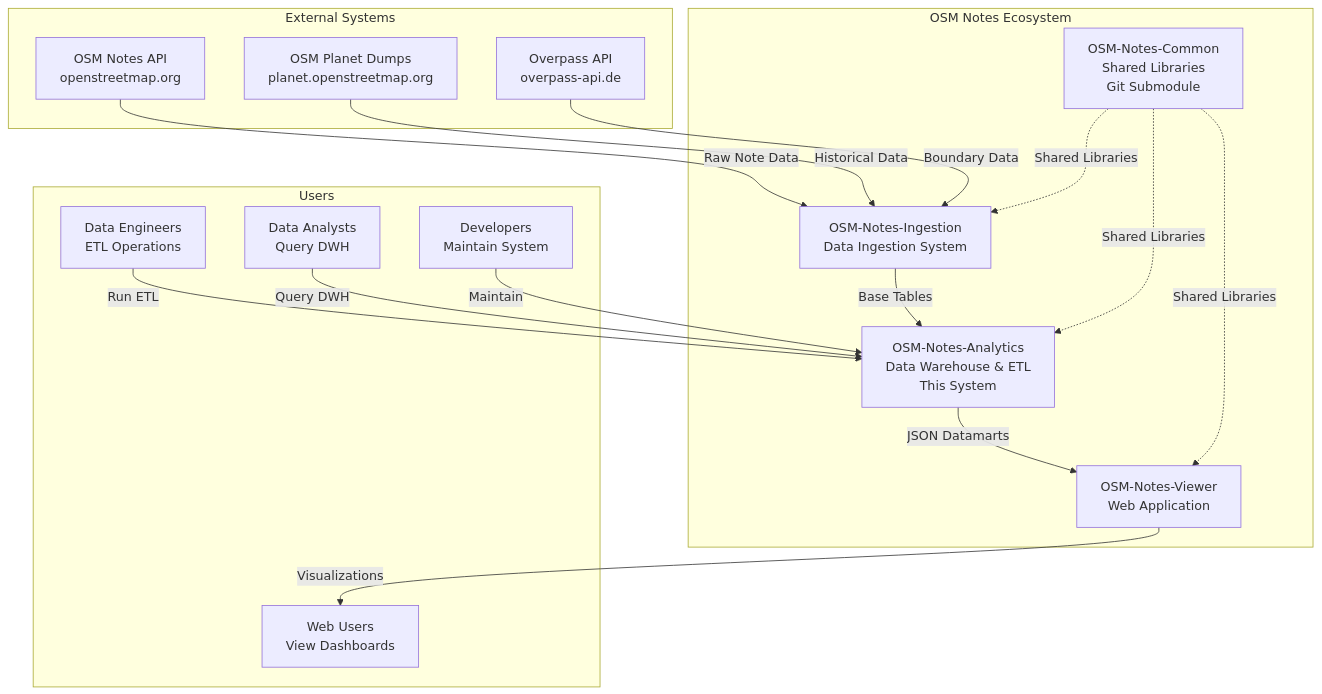
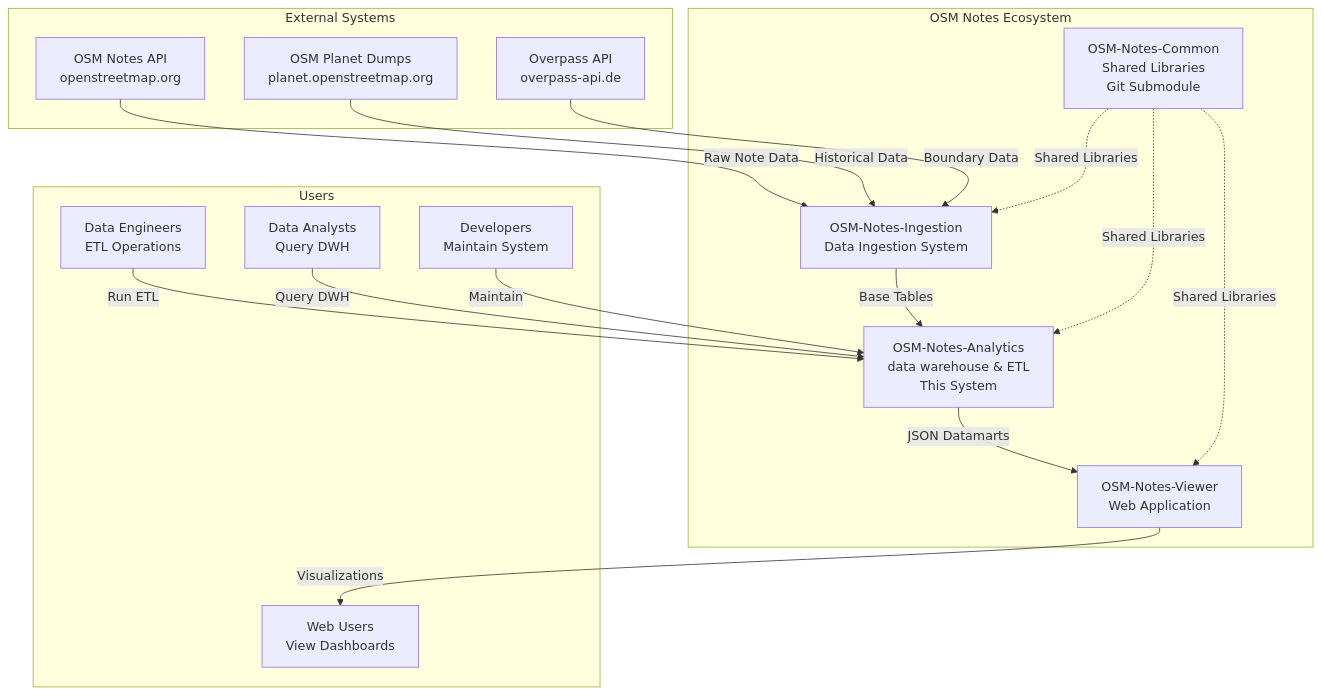
Before and after one commit to OSMLatam/OSM-Notes-Analytics: the first of 9 diagrams in docs/Architecture_Diagram.md, drawn with Mermaid. The commit also changed other lines of this file and 12 other files, not shown here.

First line of the commit message:
docs: Standardize terminology for data warehouse across documentation

````diff
--- a/docs/Architecture_Diagram.md
+++ b/docs/Architecture_Diagram.md
@@ -16,38 +16,38 @@
 ```mermaid
 graph TB
     subgraph External["External Systems"]
         OSM_API[OSM Notes API<br/>openstreetmap.org]
         PLANET[OSM Planet Dumps<br/>planet.openstreetmap.org]
         OVERPASS[Overpass API<br/>overpass-api.de]
     end
     
     subgraph Ecosystem["OSM Notes Ecosystem"]
         INGESTION[OSM-Notes-Ingestion<br/>Data Ingestion System]
-        ANALYTICS[OSM-Notes-Analytics<br/>Data Warehouse & ETL<br/>This System]
+        ANALYTICS[OSM-Notes-Analytics<br/>data warehouse & ETL<br/>This System]
         VIEWER[OSM-Notes-Viewer<br/>Web Application]
         COMMON[OSM-Notes-Common<br/>Shared Libraries<br/>Git Submodule]
     end
     
     subgraph Users["Users"]
         DATA_ENG[Data Engineers<br/>ETL Operations]
         ANALYSTS[Data Analysts<br/>Query DWH]
         WEB_USERS[Web Users<br/>View Dashboards]
         DEVS[Developers<br/>Maintain System]
     end
     
     OSM_API -->|Raw Note Data| INGESTION
     PLANET -->|Historical Data| INGESTION
     OVERPASS -->|Boundary Data| INGESTION
     
     INGESTION -->|Base Tables| ANALYTICS
     ANALYTICS -->|JSON Datamarts| VIEWER
     VIEWER -->|Visualizations| WEB_USERS
     
     COMMON -.->|Shared Libraries| INGESTION
     COMMON -.->|Shared Libraries| ANALYTICS
     COMMON -.->|Shared Libraries| VIEWER
     
     DATA_ENG -->|Run ETL| ANALYTICS
     ANALYSTS -->|Query DWH| ANALYTICS
     DEVS -->|Maintain| ANALYTICS
 ```
````
